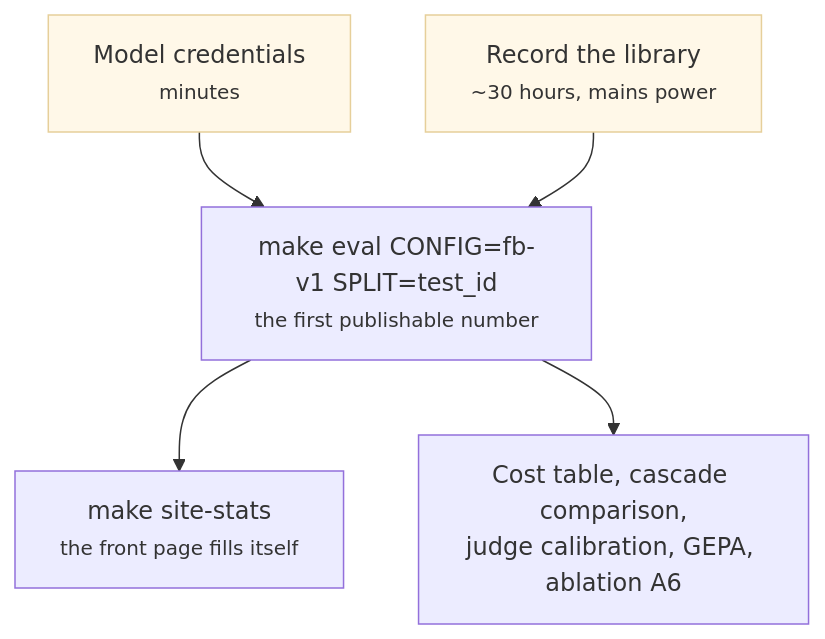
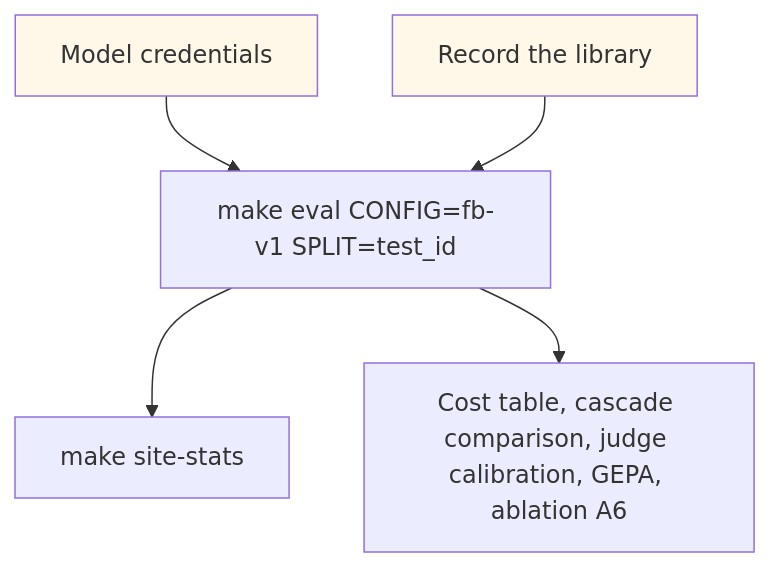
The diagram in explainer/next.qmd (hoomanesteki/firebreak-ai-sre-agent), drawn with Mermaid before and after one commit. The commit also changed 4 other files, not shown here.

First line of the commit message:
fix(site): make the diagrams render and the prose plain

````diff
--- a/explainer/next.qmd
+++ b/explainer/next.qmd
@@ -8,9 +8,9 @@
 ```{mermaid}
 flowchart TB
-  C["Model credentials<br/><small>minutes</small>"] --> E
-  R["Record the library<br/><small>~30 hours, mains power</small>"] --> E
-  E["make eval CONFIG=fb-v1 SPLIT=test_id<br/><small>the first publishable number</small>"] --> S["make site-stats<br/><small>the front page fills itself</small>"]
-  E --> G["Cost table, cascade comparison,<br/>judge calibration, GEPA, ablation A6"]
-  style C fill:#fff8e8,stroke:#e6cf9a
-  style R fill:#fff8e8,stroke:#e6cf9a
+  C["Model credentials"] --> E
+  R["Record the library"] --> E
+  E["make eval CONFIG=fb-v1 SPLIT=test_id"] --> S["make site-stats"]
+  E --> G["Cost table, cascade comparison, judge calibration, GEPA, ablation A6"]
+  style C fill:#fff8e8
+  style R fill:#fff8e8
 ```
````
